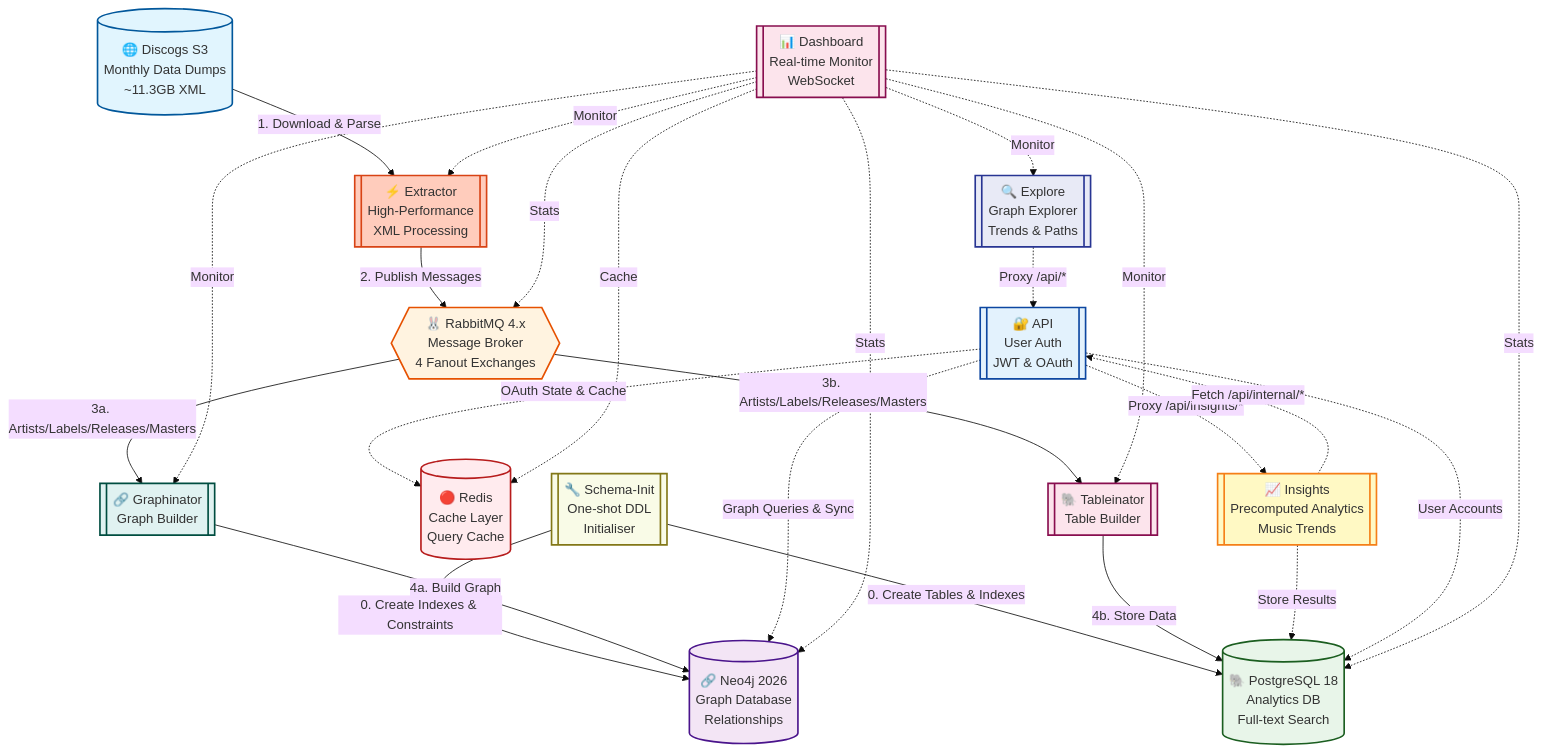
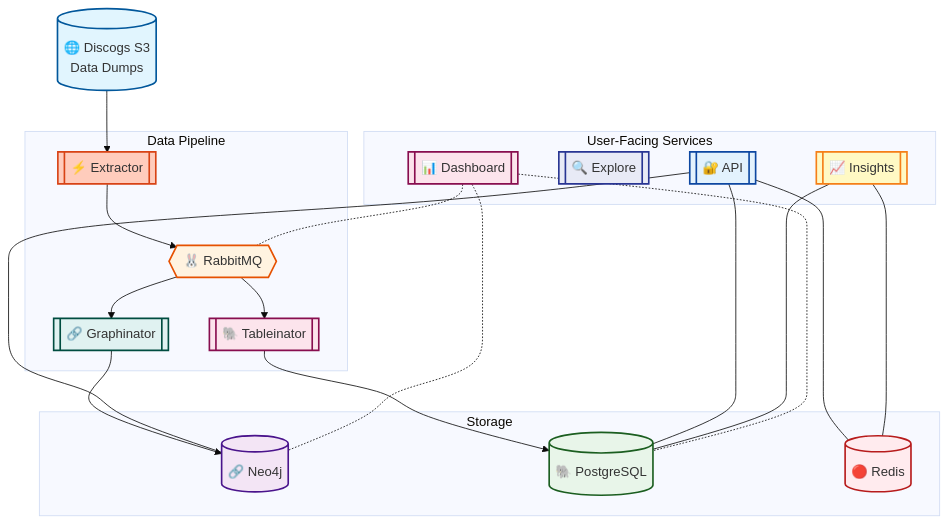
The diagram in README.md (SimplicityGuy/discogsography), drawn with Mermaid (base theme) before and after one commit. The commit also changed other lines of this file and 1 other file, not shown here.

Commit message:
docs: split monolithic architecture diagram into focused diagrams (#194)
Simplify the README diagram to a high-level overview with subgraphs,
and break the detailed architecture into three focused diagrams in
docs/architecture.md: data pipeline, service communication, and
dashboard monitoring.

````diff
--- a/README.md
+++ b/README.md
@@ -58,57 +58,45 @@
 ```mermaid
 graph TD
-    S3[("🌐 Discogs S3<br/>Monthly Data Dumps<br/>~11.3GB XML")]
-    SCHEMA[["🔧 Schema-Init<br/>One-shot DDL<br/>Initialiser"]]
-    EXT[["⚡ Extractor<br/>High-Performance<br/>XML Processing"]]
-    RMQ{{"🐰 RabbitMQ 4.x<br/>Message Broker<br/>4 Fanout Exchanges"}}
-    NEO4J[("🔗 Neo4j 2026<br/>Graph Database<br/>Relationships")]
-    PG[("🐘 PostgreSQL 18<br/>Analytics DB<br/>Full-text Search")]
-    REDIS[("🔴 Redis<br/>Cache Layer<br/>Query Cache")]
-    GRAPH[["🔗 Graphinator<br/>Graph Builder"]]
-    TABLE[["🐘 Tableinator<br/>Table Builder"]]
-    DASH[["📊 Dashboard<br/>Real-time Monitor<br/>WebSocket"]]
-    EXPLORE[["🔍 Explore<br/>Graph Explorer<br/>Trends & Paths"]]
-    API[["🔐 API<br/>User Auth<br/>JWT & OAuth"]]
-    INSIGHTS[["📈 Insights<br/>Precomputed Analytics<br/>Music Trends"]]
+    S3[("🌐 Discogs S3<br/>Data Dumps")]
 
-    SCHEMA -->|0. Create Indexes & Constraints| NEO4J
-    SCHEMA -->|0. Create Tables & Indexes| PG
-    S3 -->|1. Download & Parse| EXT
-    EXT -->|2. Publish Messages| RMQ
-    RMQ -->|3a. Artists/Labels/Releases/Masters| GRAPH
-    RMQ -->|3b. Artists/Labels/Releases/Masters| TABLE
-    GRAPH -->|4a. Build Graph| NEO4J
-    TABLE -->|4b. Store Data| PG
+    subgraph Pipeline ["Data Pipeline"]
+        EXT[["⚡ Extractor"]]
+        RMQ{{"🐰 RabbitMQ"}}
+        GRAPH[["🔗 Graphinator"]]
+        TABLE[["🐘 Tableinator"]]
+    end
 
-    EXPLORE -.->|Proxy /api/*| API
-    API -.->|Proxy /api/insights/*| INSIGHTS
-    INSIGHTS -.->|Fetch /api/internal/*| API
-    INSIGHTS -.->|Store Results| PG
+    subgraph Storage ["Storage"]
+        NEO4J[("🔗 Neo4j")]
+        PG[("🐘 PostgreSQL")]
+        REDIS[("🔴 Redis")]
+    end
 
-    API -.->|User Accounts| PG
-    API -.->|Graph Queries & Sync| NEO4J
-    API -.->|OAuth State & Cache| REDIS
+    subgraph Services ["User-Facing Services"]
+        API[["🔐 API"]]
+        EXPLORE[["🔍 Explore"]]
+        DASH[["📊 Dashboard"]]
+        INSIGHTS[["📈 Insights"]]
+    end
 
-    DASH -.->|Monitor| EXT
-    DASH -.->|Monitor| GRAPH
-    DASH -.->|Monitor| TABLE
-    DASH -.->|Monitor| EXPLORE
-    DASH -.->|Cache| REDIS
-    DASH -.->|Stats| RMQ
-    DASH -.->|Stats| NEO4J
-    DASH -.->|Stats| PG
+    S3 --> EXT --> RMQ
+    RMQ --> GRAPH --> NEO4J
+    RMQ --> TABLE --> PG
+
+    API --- NEO4J & PG & REDIS
+    INSIGHTS --- PG & REDIS
+    DASH -.- RMQ & NEO4J & PG
 
     style S3 fill:#e1f5fe,stroke:#01579b,stroke-width:2px
-    style SCHEMA fill:#f9fbe7,stroke:#827717,stroke-width:2px
     style EXT fill:#ffccbc,stroke:#d84315,stroke-width:2px
     style RMQ fill:#fff3e0,stroke:#e65100,stroke-width:2px
     style NEO4J fill:#f3e5f5,stroke:#4a148c,stroke-width:2px
     style PG fill:#e8f5e9,stroke:#1b5e20,stroke-width:2px
     style REDIS fill:#ffebee,stroke:#b71c1c,stroke-width:2px
     style GRAPH fill:#e0f2f1,stroke:#004d40,stroke-width:2px
     style TABLE fill:#fce4ec,stroke:#880e4f,stroke-width:2px
+    style API fill:#e3f2fd,stroke:#0d47a1,stroke-width:2px
+    style EXPLORE fill:#e8eaf6,stroke:#283593,stroke-width:2px
     style DASH fill:#fce4ec,stroke:#880e4f,stroke-width:2px
-    style EXPLORE fill:#e8eaf6,stroke:#283593,stroke-width:2px
-    style API fill:#e3f2fd,stroke:#0d47a1,stroke-width:2px
     style INSIGHTS fill:#fff9c4,stroke:#f57f17,stroke-width:2px
 ```
````
